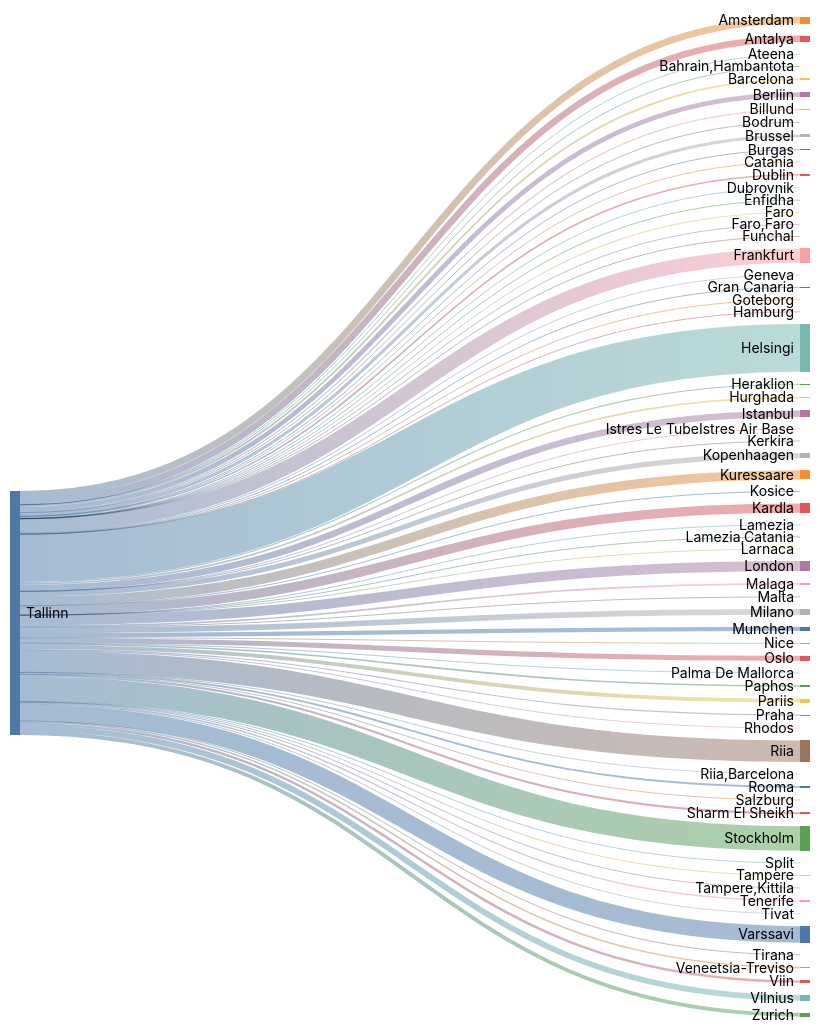
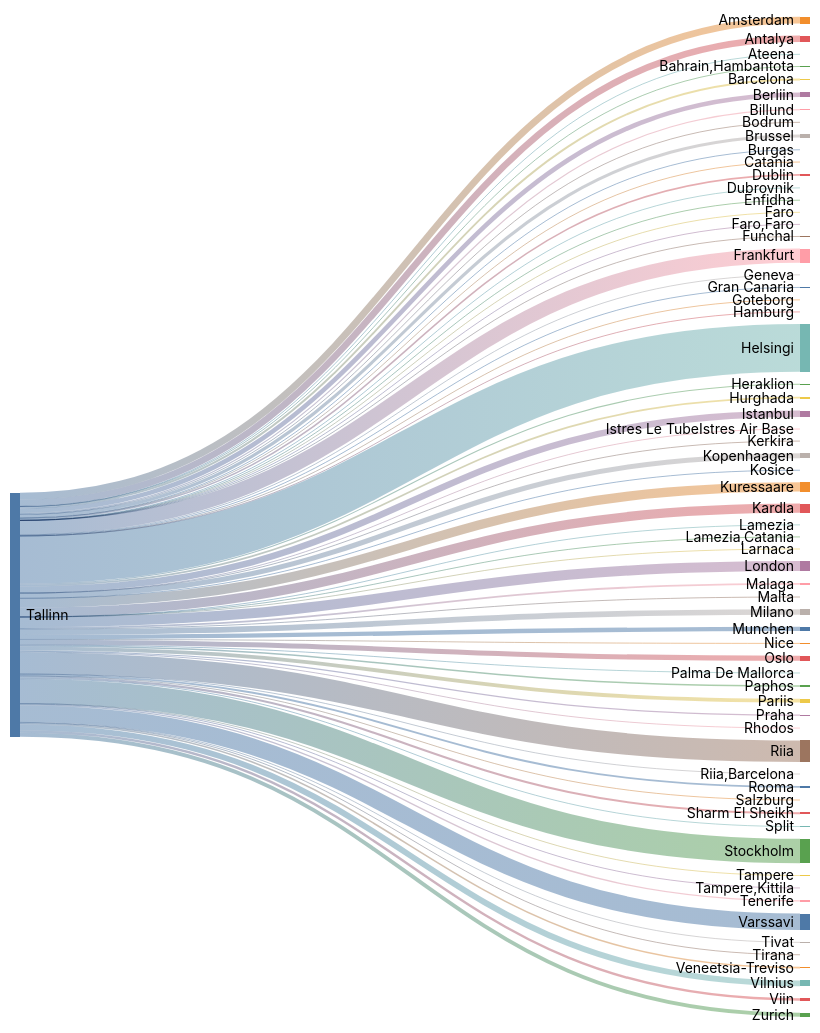
The second of 2 diagrams in README.md (rainermesi/tll-airport-departures), drawn with Mermaid (forest theme) before and after one commit. The commit also changed other lines of this file, not shown here.

````diff
--- a/README.md
+++ b/README.md
@@ -34,77 +34,77 @@
 ```mermaid
 ---
 config:
   sankey:
     showValues: false
     width: 800
     height: 1000
 ---
 sankey-beta
 %% source,target,value
-Tallinn,Amsterdam,298
-Tallinn,Antalya,285
+Tallinn,Amsterdam,300
+Tallinn,Antalya,287
 Tallinn,Ateena,16
 Tallinn,"Bahrain,Hambantota",1
-Tallinn,Barcelona,81
+Tallinn,Barcelona,83
 Tallinn,Berliin,202
-Tallinn,Billund,49
+Tallinn,Billund,50
 Tallinn,Bodrum,11
-Tallinn,Brussel,134
+Tallinn,Brussel,135
 Tallinn,Burgas,21
 Tallinn,Catania,2
 Tallinn,Dublin,69
 Tallinn,Dubrovnik,21
 Tallinn,Enfidha,7
 Tallinn,Faro,4
 Tallinn,"Faro,Faro",1
-Tallinn,Frankfurt,616
+Tallinn,Frankfurt,619
 Tallinn,Funchal,5
 Tallinn,Geneva,13
 Tallinn,Gran Canaria,38
 Tallinn,Goteborg,1
 Tallinn,Hamburg,2
-Tallinn,Helsingi,2074
-Tallinn,Heraklion,47
+Tallinn,Helsingi,2085
+Tallinn,Heraklion,48
 Tallinn,Hurghada,75
-Tallinn,Istanbul,281
+Tallinn,Istanbul,282
 Tallinn,Istres Le TubeIstres Air Base,2
 Tallinn,Kerkira,4
-Tallinn,Kopenhaagen,220
+Tallinn,Kopenhaagen,222
 Tallinn,Kosice,1
-Tallinn,Kuressaare,404
-Tallinn,Kardla,404
+Tallinn,Kuressaare,406
+Tallinn,Kardla,406
 Tallinn,Lamezia,1
 Tallinn,"Lamezia,Catania",3
 Tallinn,Larnaca,4
-Tallinn,London,433
-Tallinn,Malaga,79
+Tallinn,London,435
+Tallinn,Malaga,80
 Tallinn,Malta,15
 Tallinn,Milano,246
 Tallinn,Munchen,187
 Tallinn,Nice,25
 Tallinn,Oslo,222
 Tallinn,Palma De Mallorca,19
 Tallinn,Paphos,66
 Tallinn,Pariis,166
-Tallinn,Praha,50
+Tallinn,Praha,51
 Tallinn,Rhodos,33
-Tallinn,Riia,935
+Tallinn,Riia,940
 Tallinn,"Riia,Barcelona",1
 Tallinn,Rooma,80
 Tallinn,Salzburg,14
-Tallinn,Sharm El Sheikh,91
+Tallinn,Sharm El Sheikh,92
 Tallinn,Split,25
-Tallinn,Stockholm,1062
+Tallinn,Stockholm,1068
 Tallinn,Tampere,17
 Tallinn,"Tampere,Kittila",21
 Tallinn,Tenerife,58
 Tallinn,Tirana,8
 Tallinn,Tivat,27
-Tallinn,Varssavi,718
+Tallinn,Varssavi,721
 Tallinn,Veneetsia-Treviso,67
 Tallinn,Viin,106
-Tallinn,Vilnius,256
-Tallinn,Zurich,171
+Tallinn,Vilnius,257
+Tallinn,Zurich,172
 
 
 ```
````
